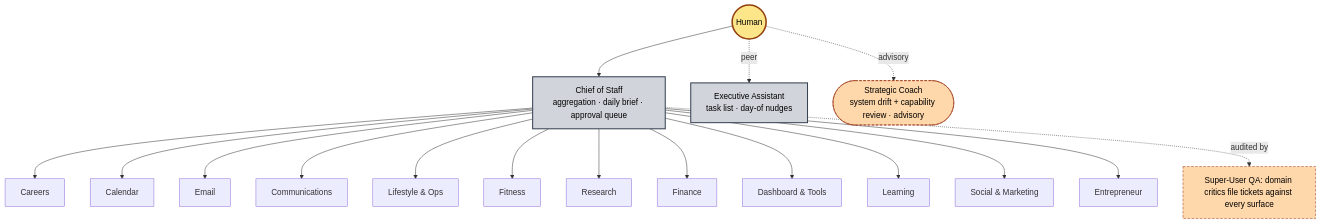
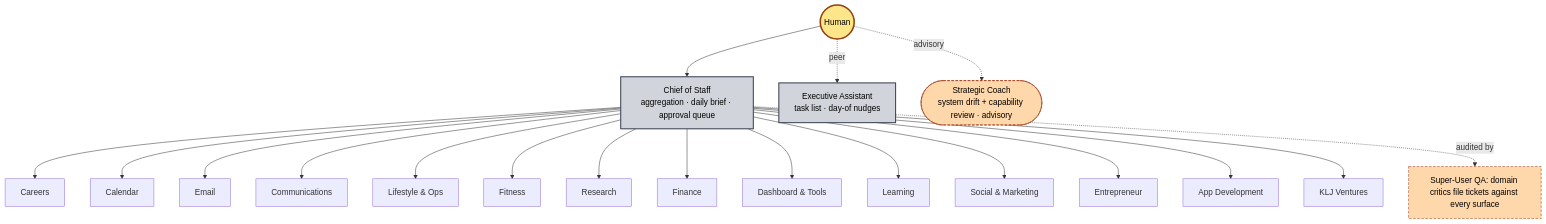
The diagram in README.md (khlittlejohn-hue/executive-office), drawn with Mermaid before and after one commit. The commit also changed other lines of this file and 4 other files, not shown here.

````diff
--- a/README.md
+++ b/README.md
@@ -43,34 +43,36 @@
 ```mermaid
 flowchart TB
     Principal(("Human"))
     COS["Chief of Staff<br/>aggregation · daily brief · approval queue"]
     EA["Executive Assistant<br/>task list · day-of nudges"]
     Coach(["Strategic Coach<br/>system drift + capability review · advisory"])
 
     Principal --> COS
     Principal -.peer.-> EA
     Principal -.advisory.-> Coach
 
     COS --> D1["Careers"]
     COS --> D2["Calendar"]
     COS --> D3["Email"]
     COS --> D4["Communications"]
     COS --> D5["Lifestyle & Ops"]
     COS --> D6["Fitness"]
     COS --> D7["Research"]
     COS --> D8["Finance"]
     COS --> D9["Dashboard & Tools"]
     COS --> D10["Learning"]
     COS --> D11["Social & Marketing"]
     COS --> D12["Entrepreneur"]
+    COS --> D13["App Development"]
+    COS --> D14["KLJ Ventures"]
 
     QA["Super-User QA: domain critics file tickets against every surface"]
     COS -.audited by.-> QA
 
     classDef p fill:#fde68a,stroke:#92400e,stroke-width:3px,color:#000
     classDef c fill:#d1d5db,stroke:#374151,stroke-width:2px,color:#000
     classDef a fill:#fed7aa,stroke:#9a3412,stroke-dasharray:5 3,color:#000
     class Principal p
     class COS,EA c
     class Coach,QA a
 ```
````
